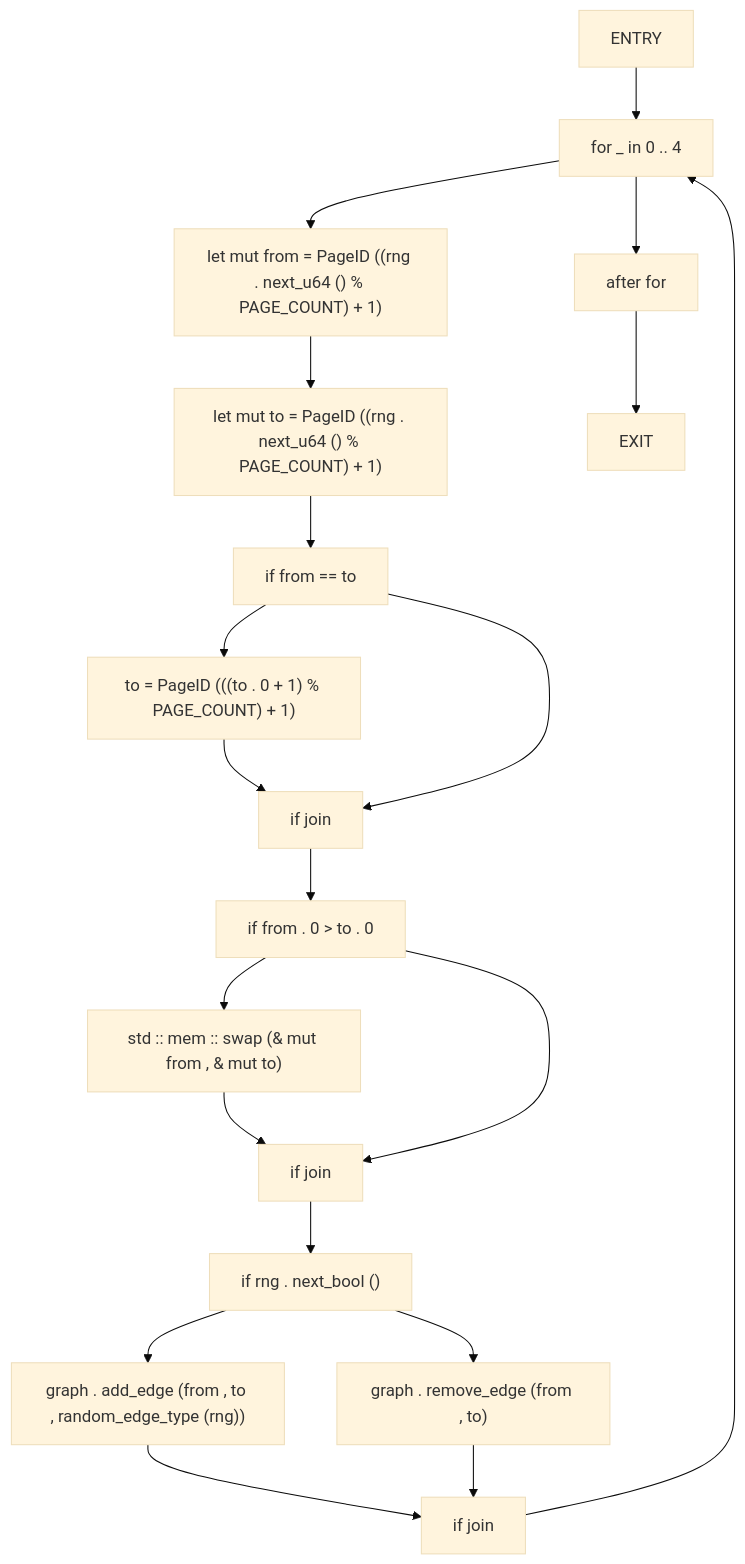
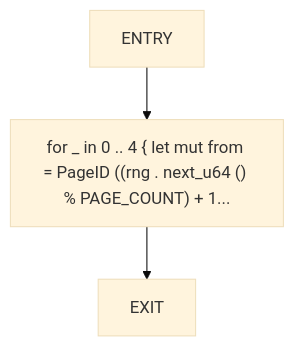
Before and after one commit to cicero-violate/MMSB: diagram 19 of 52 in docs/analysis/cfg/100-tests.md, drawn with Mermaid (base theme). The commit also changed other lines of this file and 865 other files, not shown here.

````diff
--- a/docs/analysis/cfg/100-tests.md
+++ b/docs/analysis/cfg/100-tests.md
@@ -529,38 +451,8 @@
 ```mermaid
 flowchart TD
     mutate_graph_0["ENTRY"]
-    mutate_graph_1["for _ in 0 .. 4"]
-    mutate_graph_2["let mut from = PageID ((rng . next_u64 () % PAGE_COUNT) + 1)"]
-    mutate_graph_3["let mut to = PageID ((rng . next_u64 () % PAGE_COUNT) + 1)"]
-    mutate_graph_4["if from == to"]
-    mutate_graph_5["to = PageID (((to . 0 + 1) % PAGE_COUNT) + 1)"]
-    mutate_graph_6["if join"]
-    mutate_graph_7["if from . 0 > to . 0"]
-    mutate_graph_8["std :: mem :: swap (& mut from , & mut to)"]
-    mutate_graph_9["if join"]
-    mutate_graph_10["if rng . next_bool ()"]
-    mutate_graph_11["graph . add_edge (from , to , random_edge_type (rng))"]
-    mutate_graph_12["graph . remove_edge (from , to)"]
-    mutate_graph_13["if join"]
-    mutate_graph_14["after for"]
-    mutate_graph_15["EXIT"]
+    mutate_graph_1["for _ in 0 .. 4 { let mut from = PageID ((rng . next_u64 () % PAGE_COUNT) + 1..."]
+    mutate_graph_2["EXIT"]
     mutate_graph_0 --> mutate_graph_1
     mutate_graph_1 --> mutate_graph_2
-    mutate_graph_2 --> mutate_graph_3
-    mutate_graph_3 --> mutate_graph_4
-    mutate_graph_4 --> mutate_graph_5
-    mutate_graph_5 --> mutate_graph_6
-    mutate_graph_4 --> mutate_graph_6
-    mutate_graph_6 --> mutate_graph_7
-    mutate_graph_7 --> mutate_graph_8
-    mutate_graph_8 --> mutate_graph_9
-    mutate_graph_7 --> mutate_graph_9
-    mutate_graph_9 --> mutate_graph_10
-    mutate_graph_10 --> mutate_graph_11
-    mutate_graph_10 --> mutate_graph_12
-    mutate_graph_11 --> mutate_graph_13
-    mutate_graph_12 --> mutate_graph_13
-    mutate_graph_13 --> mutate_graph_1
-    mutate_graph_1 --> mutate_graph_14
-    mutate_graph_14 --> mutate_graph_15
 ```
````
